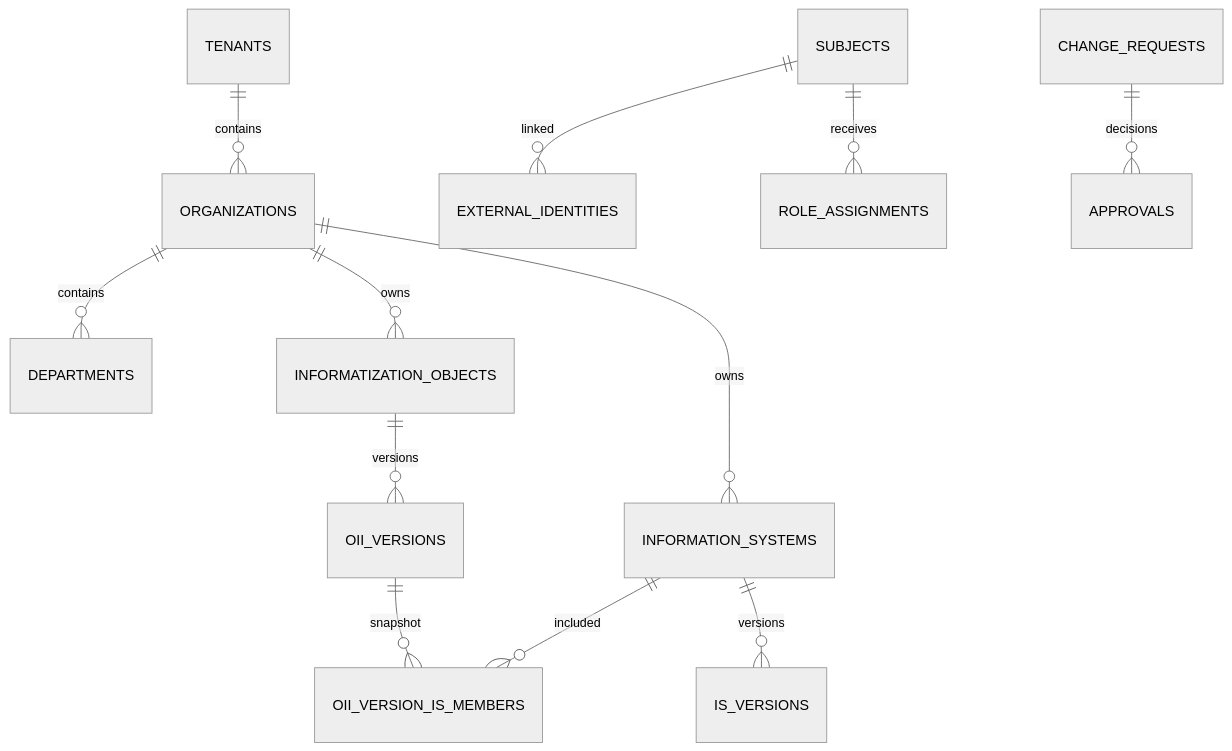
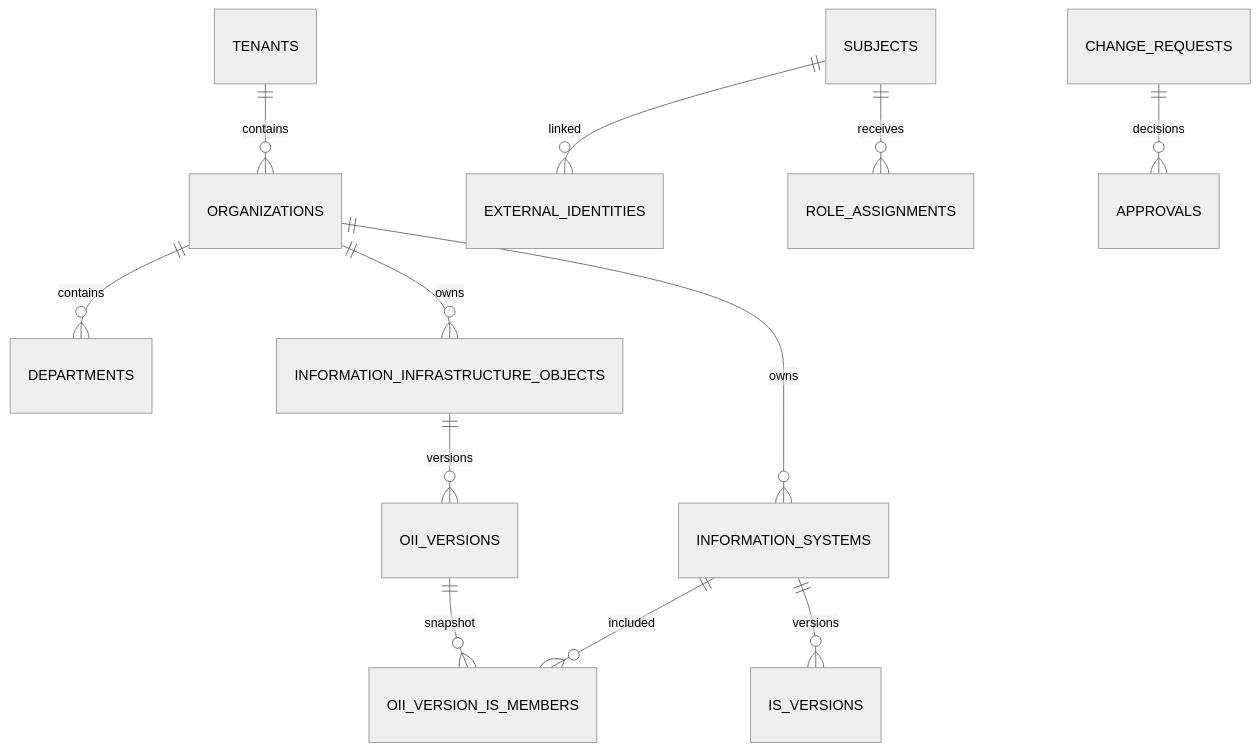
Before and after one commit to balzorn/e5-atlasis: the diagram in docs/architecture/data-model-v1.md, drawn with Mermaid (neutral theme). The commit also changed other lines of this file, not shown here.

Commit message:
docs: align target data model with IS/OII terminology

````diff
--- a/docs/architecture/data-model-v1.md
+++ b/docs/architecture/data-model-v1.md
@@ -36,14 +36,14 @@
 ```mermaid
 erDiagram
     TENANTS ||--o{ ORGANIZATIONS : contains
     ORGANIZATIONS ||--o{ DEPARTMENTS : contains
     ORGANIZATIONS ||--o{ INFORMATION_SYSTEMS : owns
-    ORGANIZATIONS ||--o{ INFORMATIZATION_OBJECTS : owns
-    INFORMATIZATION_OBJECTS ||--o{ OII_VERSIONS : versions
+    ORGANIZATIONS ||--o{ INFORMATION_INFRASTRUCTURE_OBJECTS : owns
+    INFORMATION_INFRASTRUCTURE_OBJECTS ||--o{ OII_VERSIONS : versions
     OII_VERSIONS ||--o{ OII_VERSION_IS_MEMBERS : snapshot
     INFORMATION_SYSTEMS ||--o{ OII_VERSION_IS_MEMBERS : included
     SUBJECTS ||--o{ EXTERNAL_IDENTITIES : linked
     SUBJECTS ||--o{ ROLE_ASSIGNMENTS : receives
     INFORMATION_SYSTEMS ||--o{ IS_VERSIONS : versions
     CHANGE_REQUESTS ||--o{ APPROVALS : decisions
 ```
````
